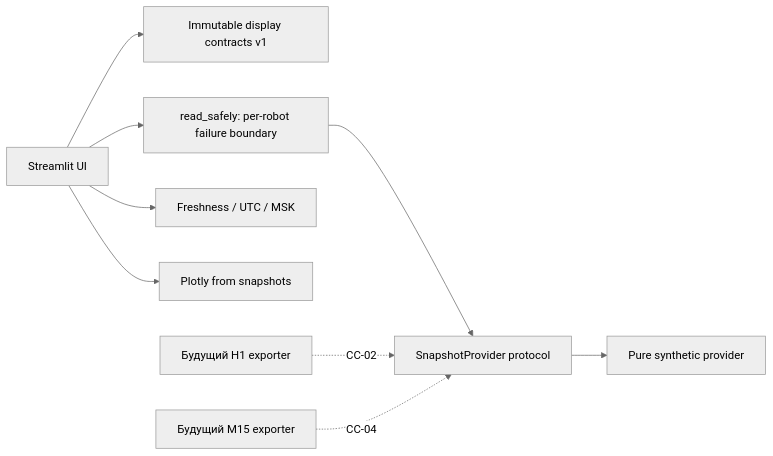
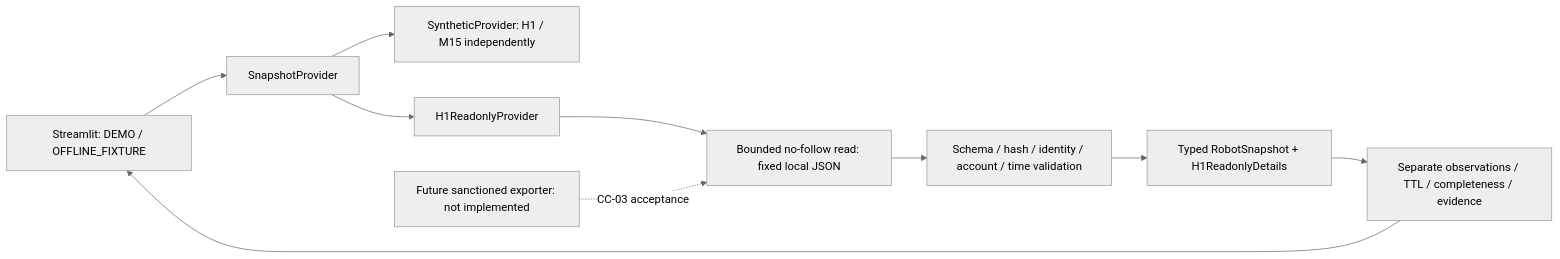
The diagram in ControlCenter/docs/ARCHITECTURE.md (alkospacer123/market-pattern-discovery), drawn with Mermaid (neutral theme) before and after one commit. The commit also changed other lines of this file and 23 other files, not shown here.

Commit message:
feat(controlcenter): add isolated H1 readonly snapshot receiver

````diff
--- a/ControlCenter/docs/ARCHITECTURE.md
+++ b/ControlCenter/docs/ARCHITECTURE.md
@@ -8,11 +9,12 @@
 ```mermaid
 flowchart LR
-  UI[Streamlit UI] --> Models[Immutable display contracts v1]
-  UI --> Safe[read_safely: per-robot failure boundary]
-  Safe --> P[SnapshotProvider protocol]
-  P --> Synth[Pure synthetic provider]
-  UI --> Fresh[Freshness / UTC / MSK]
-  UI --> Chart[Plotly from snapshots]
-  FutureH1[Будущий H1 exporter] -. CC-02 .-> P
-  FutureM15[Будущий M15 exporter] -. CC-04 .-> P
+  UI[Streamlit: DEMO / OFFLINE_FIXTURE] --> P[SnapshotProvider]
+  P --> S[SyntheticProvider: H1 / M15 independently]
+  P --> H[H1ReadonlyProvider]
+  H --> R[Bounded no-follow read: fixed local JSON]
+  R --> V[Schema / hash / identity / account / time validation]
+  V --> M[Typed RobotSnapshot + H1ReadonlyDetails]
+  M --> F[Separate observations / TTL / completeness / evidence]
+  F --> UI
+  E[Future sanctioned exporter: not implemented] -. CC-03 acceptance .-> R
 ```
````
